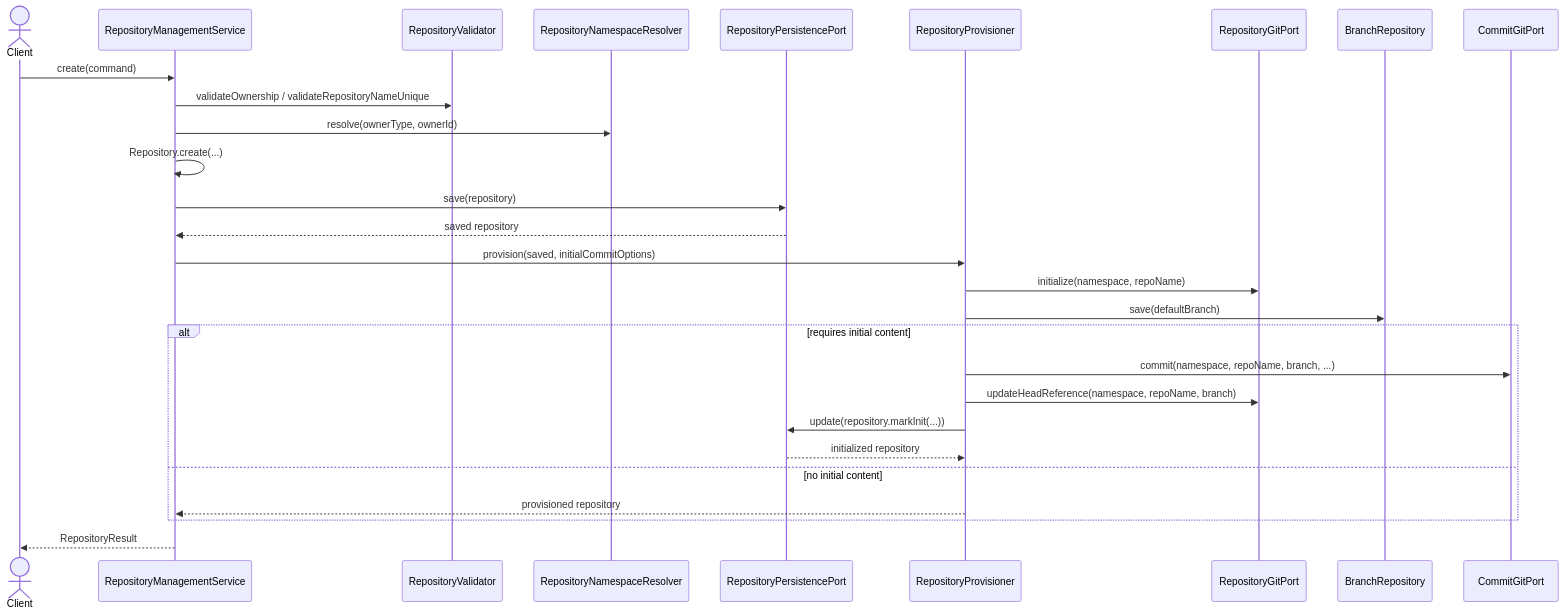
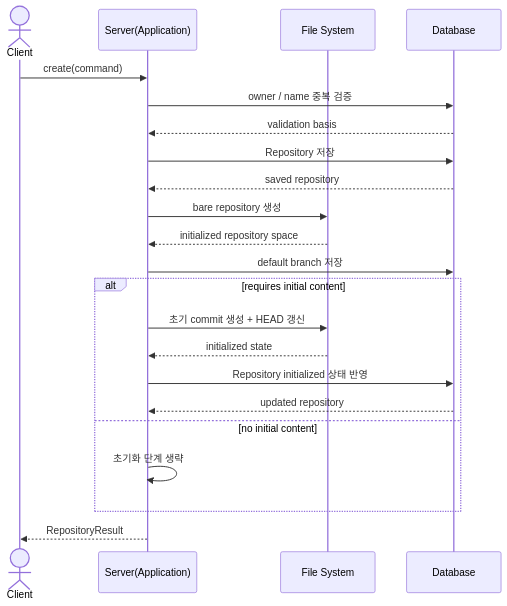
Before and after one commit to jgitkins/jgitkins: the third of 3 diagrams in docs/modeling/contexts/repository/repository-context-diagrams.md, drawn with Mermaid. The commit also changed other lines of this file and 15 other files, not shown here.

````diff
--- a/docs/modeling/contexts/repository/repository-context-diagrams.md
+++ b/docs/modeling/contexts/repository/repository-context-diagrams.md
@@ -116,34 +116,26 @@
 ```mermaid
 sequenceDiagram
     actor Client
-    participant RMS as RepositoryManagementService
-    participant RV as RepositoryValidator
-    participant RNS as RepositoryNamespaceResolver
-    participant RP as RepositoryPersistencePort
-    participant Prov as RepositoryProvisioner
-    participant RGP as RepositoryGitPort
-    participant BR as BranchRepository
-    participant CGP as CommitGitPort
+    participant App as Server(Application)
+    participant FS as File System
+    participant DB as Database
 
-    Client->>RMS: create(command)
-    RMS->>RV: validateOwnership / validateRepositoryNameUnique
-    RMS->>RNS: resolve(ownerType, ownerId)
-    RMS->>RMS: Repository.create(...)
-    RMS->>RP: save(repository)
-    RP-->>RMS: saved repository
-    RMS->>Prov: provision(saved, initialCommitOptions)
-
-    Prov->>RGP: initialize(namespace, repoName)
-    Prov->>BR: save(defaultBranch)
+    Client->>App: create(command)
+    App->>DB: owner / name 중복 검증
+    DB-->>App: validation basis
+    App->>DB: Repository 저장
+    DB-->>App: saved repository
+    App->>FS: bare repository 생성
+    FS-->>App: initialized repository space
+    App->>DB: default branch 저장
 
     alt requires initial content
-        Prov->>CGP: commit(namespace, repoName, branch, ...)
-        Prov->>RGP: updateHeadReference(namespace, repoName, branch)
-        Prov->>RP: update(repository.markInit(...))
-        RP-->>Prov: initialized repository
+        App->>FS: 초기 commit 생성 + HEAD 갱신
+        FS-->>App: initialized state
+        App->>DB: Repository initialized 상태 반영
+        DB-->>App: updated repository
     else no initial content
-        Prov-->>RMS: provisioned repository
+        App->>App: 초기화 단계 생략
     end
-
-    RMS-->>Client: RepositoryResult
+    App-->>Client: RepositoryResult
 ```
````
